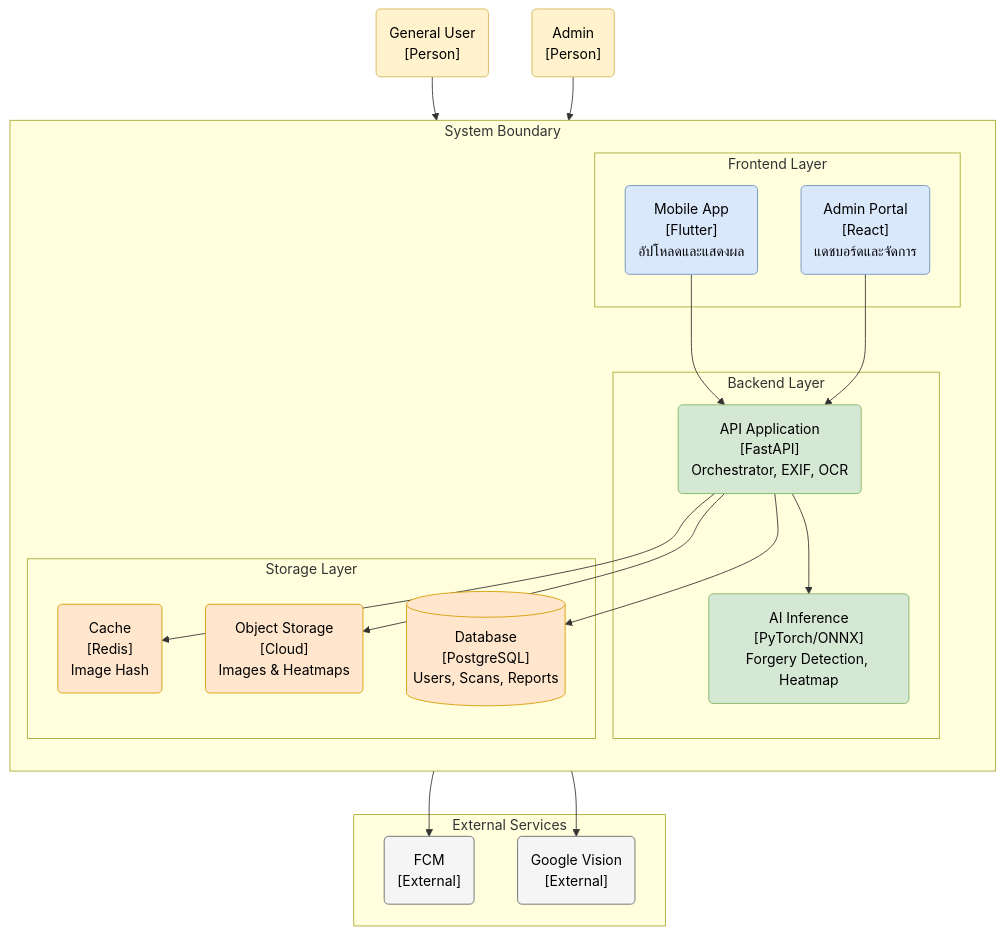
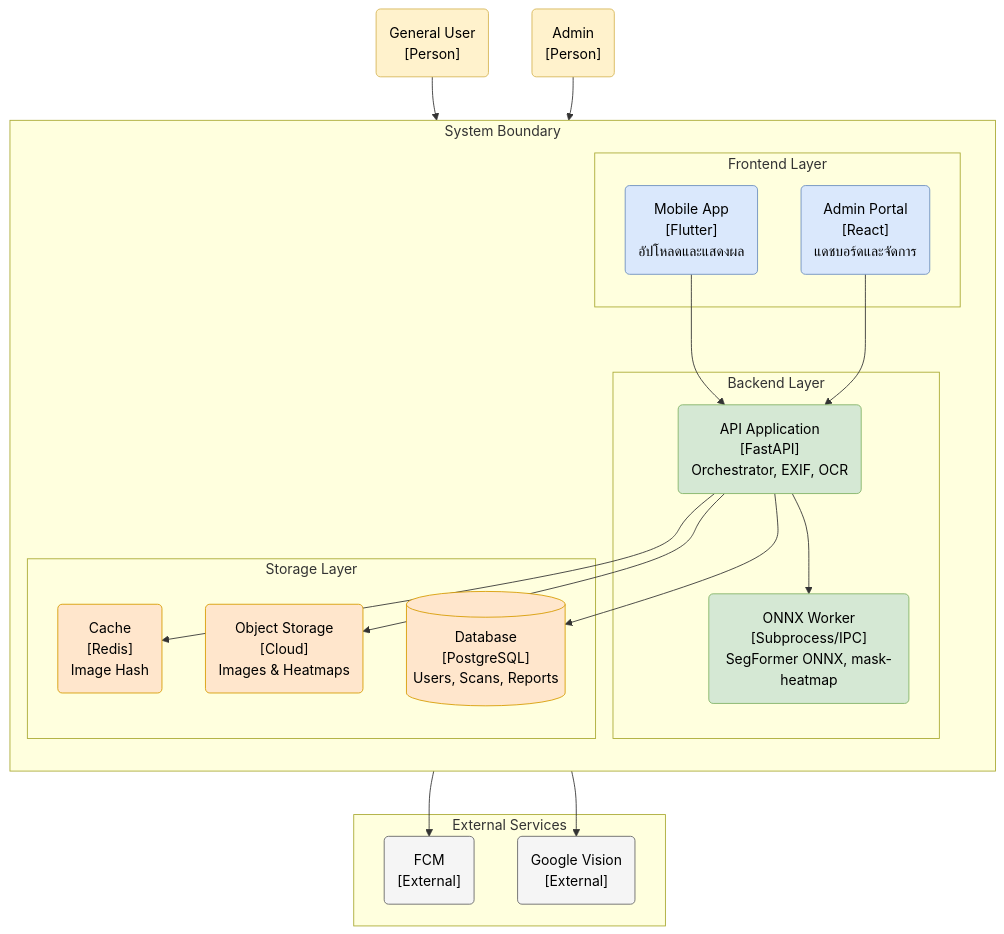
The second of 4 diagrams in Document/docs/03_Software_Architecture.md (Panuwat-ta/project), drawn with Mermaid before and after one commit. The commit also changed other lines of this file and 83 other files, not shown here.

````diff
--- a/Document/docs/03_Software_Architecture.md
+++ b/Document/docs/03_Software_Architecture.md
@@ -114,54 +114,54 @@
 ```mermaid
 flowchart TB
     %% Classes
     classDef userFill fill:#fff2cc,stroke:#d6b656,color:black
     classDef clientFill fill:#dae8fc,stroke:#6c8ebf,color:black
     classDef backendFill fill:#d5e8d4,stroke:#82b366,color:black
     classDef storageFill fill:#ffe6cc,stroke:#d79b00,color:black
     classDef extFill fill:#f5f5f5,stroke:#666666,color:black
 
     User("General User<br>[Person]")
     Admin("Admin<br>[Person]")
 
     subgraph ScamSystem [System Boundary]
         direction TB
 
         subgraph Frontends [Frontend Layer]
             MobileApp("Mobile App<br>[Flutter]<br>อัปโหลดและแสดงผล")
             AdminPortal("Admin Portal<br>[React]<br>แดชบอร์ดและจัดการ")
         end
 
         subgraph Backends [Backend Layer]
             APIGateway("API Application<br>[FastAPI]<br>Orchestrator, EXIF, OCR")
-            AIInference("AI Inference<br>[PyTorch/ONNX]<br>Forgery Detection, Heatmap")
+            AIInference("ONNX Worker<br>[Subprocess/IPC]<br>SegFormer ONNX, mask-heatmap")
         end
 
         subgraph Storages [Storage Layer]
             Cache("Cache<br>[Redis]<br>Image Hash")
             ObjectStore("Object Storage<br>[Cloud]<br>Images & Heatmaps")
             MainDB[("Database<br>[PostgreSQL]<br>Users, Scans, Reports")]
         end
     end
 
     subgraph Externals [External Services]
         PushService("FCM<br>[External]")
         ReverseSearch("Google Vision<br>[External]")
     end
 
     User --> MobileApp
     Admin --> AdminPortal
     MobileApp --> APIGateway
     AdminPortal --> APIGateway
     APIGateway --> Cache
     APIGateway --> AIInference
     APIGateway --> ObjectStore
     APIGateway --> MainDB
     APIGateway --> PushService
     APIGateway --> ReverseSearch
 
     class User,Admin userFill
     class MobileApp,AdminPortal clientFill
     class APIGateway,AIInference backendFill
     class Cache,ObjectStore,MainDB storageFill
     class PushService,ReverseSearch extFill
 ```
````
